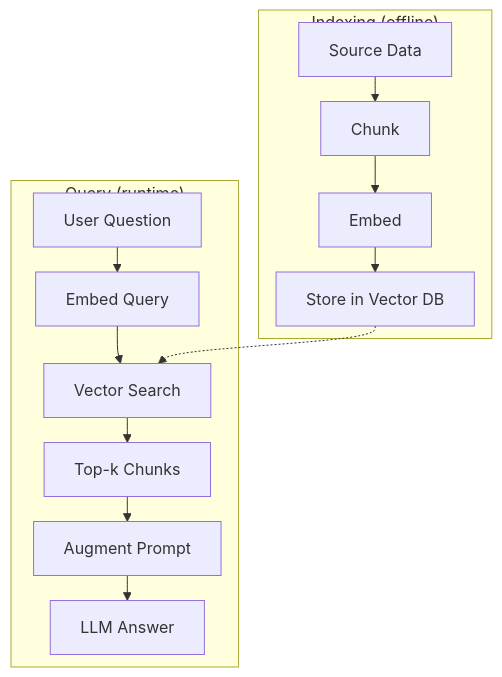
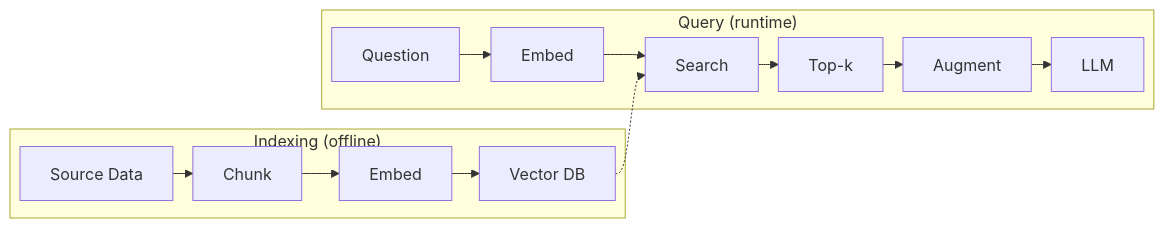
Before and after one commit to john-guerra/ai-coding-class: the third of 4 diagrams in slides/15_Production_Synthesis/index.md, drawn with Mermaid. The commit also changed other lines of this file, not shown here.

```diff
--- a/slides/15_Production_Synthesis/index.md
+++ b/slides/15_Production_Synthesis/index.md
@@ -638,17 +702,11 @@
 <pre class="mermaid">
-%%{init: {'theme': 'default', 'flowchart': {'nodeSpacing': 15, 'rankSpacing': 25}}}%%
-flowchart TD
+%%{init: {'theme': 'default', 'flowchart': {'nodeSpacing': 15, 'rankSpacing': 20}}}%%
+flowchart LR
     subgraph Indexing ["Indexing (offline)"]
-        A["Source Data"] --> B["Chunk"]
-        B --> C["Embed"]
-        C --> D["Store in Vector DB"]
+        A["Source Data"] --> B["Chunk"] --> C["Embed"] --> D["Vector DB"]
     end
     subgraph Query ["Query (runtime)"]
-        E["User Question"] --> F["Embed Query"]
-        F --> G["Vector Search"]
-        G --> H["Top-k Chunks"]
-        H --> I["Augment Prompt"]
-        I --> J["LLM Answer"]
+        E["Question"] --> F["Embed"] --> G["Search"] --> H["Top-k"] --> I["Augment"] --> J["LLM"]
     end
     D -.-> G
 </pre>
```
